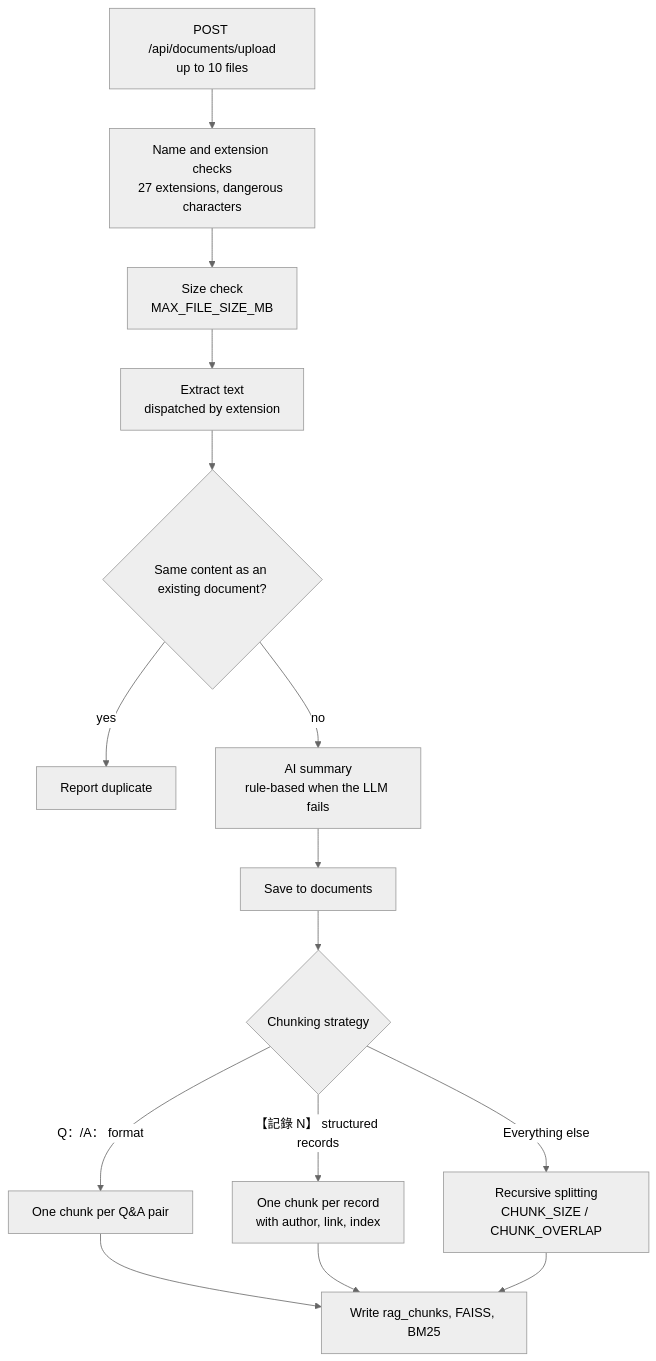
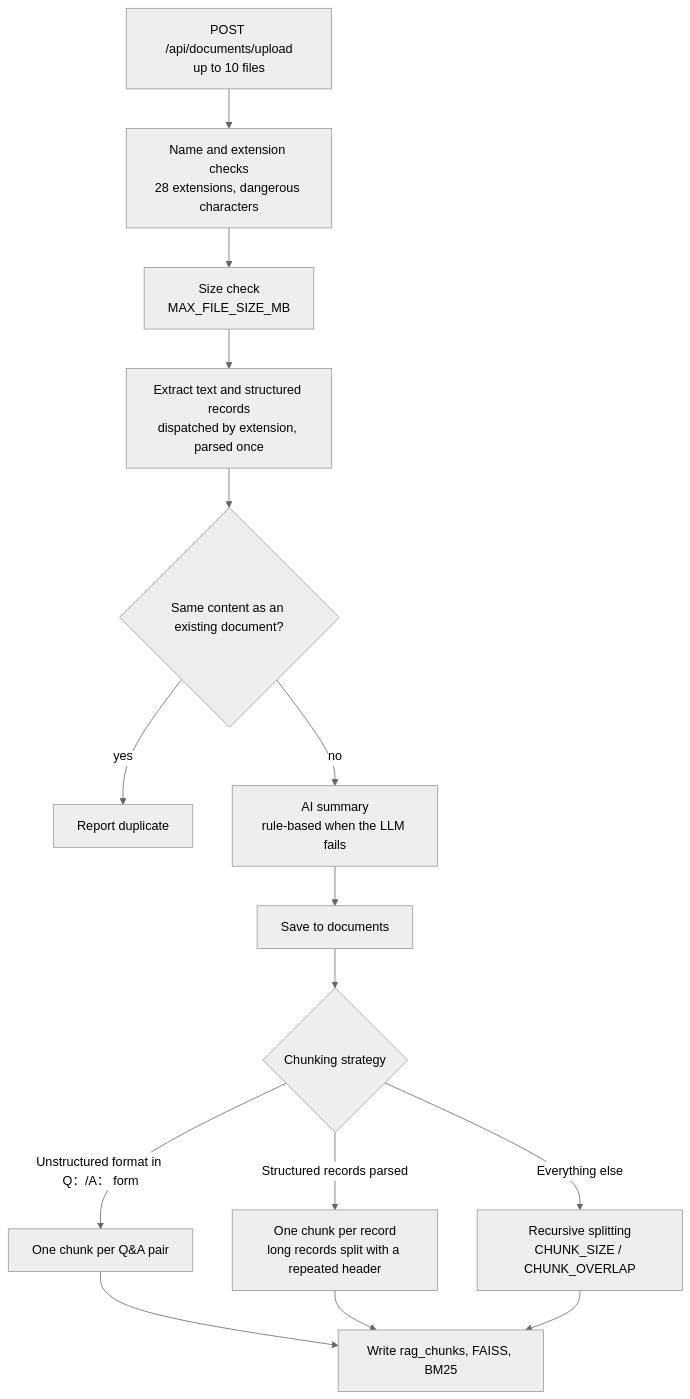
The fourth of 9 diagrams in docs/architecture_en.md (Scorpio-meow/AskMiao), drawn with Mermaid (neutral theme) before and after one commit. The commit also changed other lines of this file and 33 other files, not shown here.

````diff
--- a/docs/architecture_en.md
+++ b/docs/architecture_en.md
@@ -235,15 +235,15 @@
 ```mermaid
 flowchart TB
-    Up["POST /api/documents/upload<br/>up to 10 files"] --> Name["Name and extension checks<br/>27 extensions, dangerous characters"]
+    Up["POST /api/documents/upload<br/>up to 10 files"] --> Name["Name and extension checks<br/>28 extensions, dangerous characters"]
     Name --> Size["Size check<br/>MAX_FILE_SIZE_MB"]
-    Size --> Ext["Extract text<br/>dispatched by extension"]
+    Size --> Ext["Extract text and structured records<br/>dispatched by extension, parsed once"]
     Ext --> Dup{"Same content as an existing document?"}
     Dup -->|yes| Skip["Report duplicate"]
     Dup -->|no| Sum["AI summary<br/>rule-based when the LLM fails"]
     Sum --> Save["Save to documents"]
     Save --> Split{"Chunking strategy"}
-    Split -->|Q：/A： format| QA["One chunk per Q&A pair"]
-    Split -->|【記錄 N】 structured records| Rec["One chunk per record<br/>with author, link, index"]
+    Split -->|Structured records parsed| Rec["One chunk per record<br/>long records split with a repeated header"]
+    Split -->|Unstructured format in Q：/A： form| QA["One chunk per Q&A pair"]
     Split -->|Everything else| Rcs["Recursive splitting<br/>CHUNK_SIZE / CHUNK_OVERLAP"]
     QA & Rec & Rcs --> Index["Write rag_chunks, FAISS, BM25"]
 ```
````
